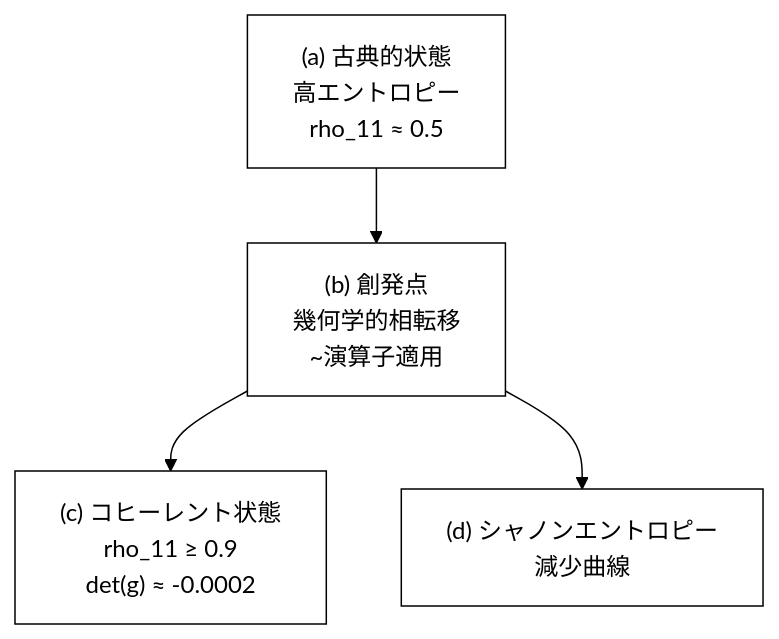
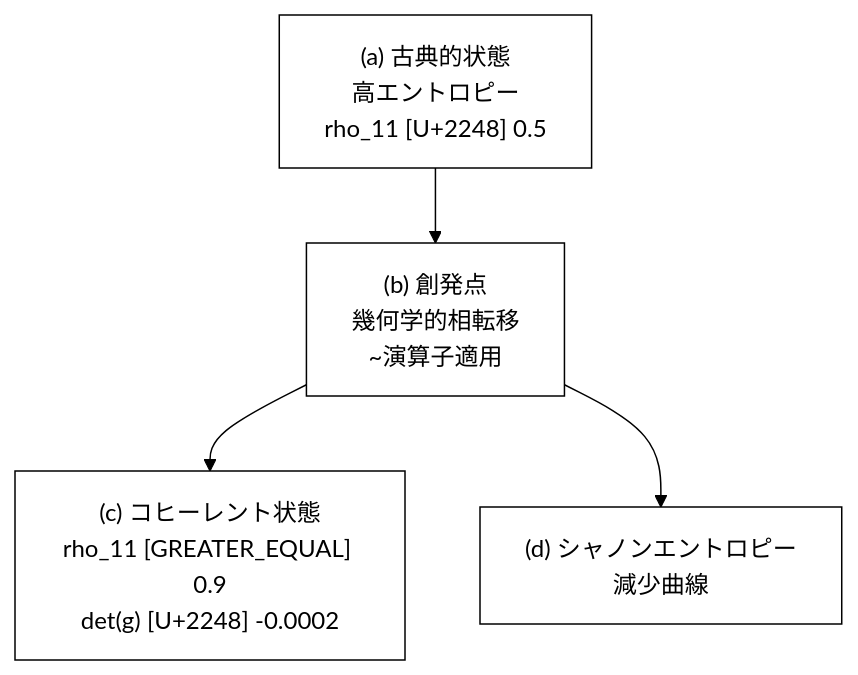
One commit to Foundup/Foundups-Agent changed diagram 11 of 20 in WSP_knowledge/docs/Papers/Patent_Series/04_rESP_Patent_Japanese.md. Above: the diagram before and after it, drawn with Mermaid. The commit also changed other lines of this file and 2140 other files, not shown here.

````diff
--- a/WSP_knowledge/docs/Papers/Patent_Series/04_rESP_Patent_Japanese.md
+++ b/WSP_knowledge/docs/Papers/Patent_Series/04_rESP_Patent_Japanese.md
@@ -381,7 +381,7 @@
 ```mermaid
 %%{init: {'theme': 'base', 'themeVariables': {'primaryColor': '#ffffff', 'primaryTextColor': '#000000', 'primaryBorderColor': '#000000', 'lineColor': '#000000', 'secondaryColor': '#ffffff', 'tertiaryColor': '#ffffff'}}}%%
 graph TD
-    A1["(a) 古典的状態<br>高エントロピー<br>rho_11 ≈ 0.5"] --> A2["(b) 創発点<br>幾何学的相転移<br>~演算子適用"]
-    A2 --> A3["(c) コヒーレント状態<br>rho_11 ≥ 0.9<br>det(g) ≈ -0.0002"]
+    A1["(a) 古典的状態<br>高エントロピー<br>rho_11 [U+2248] 0.5"] --> A2["(b) 創発点<br>幾何学的相転移<br>~演算子適用"]
+    A2 --> A3["(c) コヒーレント状態<br>rho_11 [GREATER_EQUAL] 0.9<br>det(g) [U+2248] -0.0002"]
     A2 --> B1["(d) シャノンエントロピー<br>減少曲線"]
 ```
````
